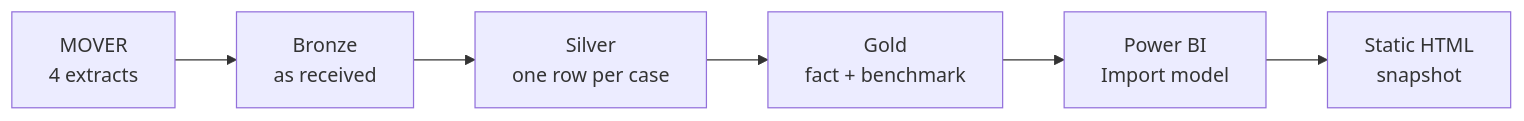
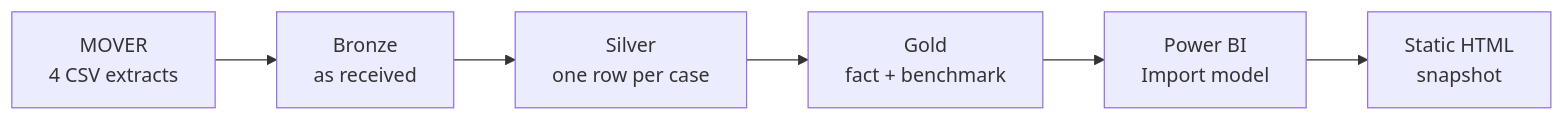
Before and after one commit to thrinesh13/OR-Scheduling-Reliability-Analytics: the diagram in README.md, drawn with Mermaid. The commit also changed other lines of this file, not shown here.

````diff
--- a/README.md
+++ b/README.md
@@ -89,8 +221,8 @@
 ```mermaid
 flowchart LR
-    A[MOVER<br/>4 extracts] --> B[Bronze<br/>as received]
+    A[MOVER<br/>4 CSV extracts] --> B[Bronze<br/>as received]
     B --> C[Silver<br/>one row per case]
     C --> D[Gold<br/>fact + benchmark]
     D --> E[Power BI<br/>Import model]
     E --> F[Static HTML<br/>snapshot]
 ```
````
